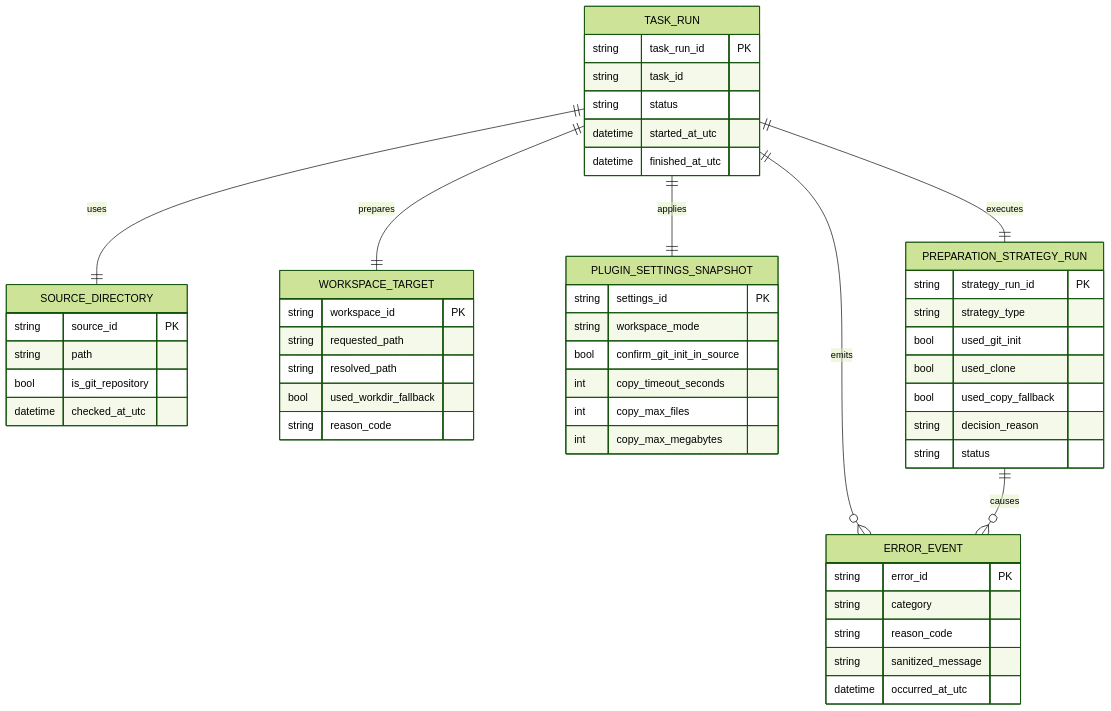
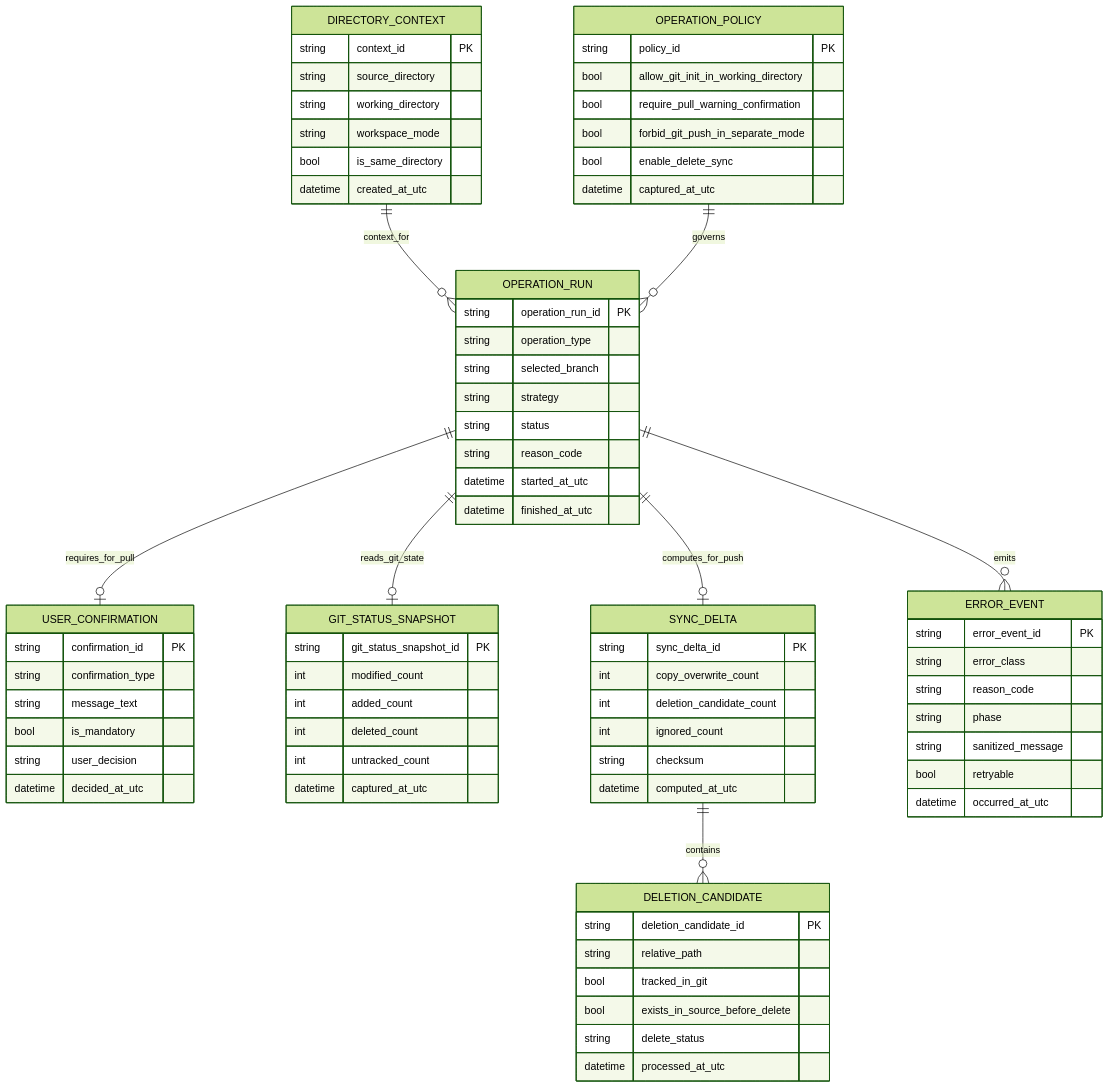
Before and after one commit to martin-stromberg/Softwareschmiede: the first of 2 diagrams in docs/architecture/separates-arbeitsverzeichnis-git-init-fallback-entity-relationship-model.md, drawn with Mermaid (forest theme). The commit also changed other lines of this file and 28 other files, not shown here.

````diff
--- a/docs/architecture/separates-arbeitsverzeichnis-git-init-fallback-entity-relationship-model.md
+++ b/docs/architecture/separates-arbeitsverzeichnis-git-init-fallback-entity-relationship-model.md
@@ -16,59 +22,85 @@
 ```mermaid
 erDiagram
-    SOURCE_DIRECTORY {
-        string source_id PK
-        string path
-        bool is_git_repository
-        datetime checked_at_utc
+    DIRECTORY_CONTEXT {
+        string context_id PK
+        string source_directory
+        string working_directory
+        string workspace_mode
+        bool is_same_directory
+        datetime created_at_utc
     }
 
-    WORKSPACE_TARGET {
-        string workspace_id PK
-        string requested_path
-        string resolved_path
-        bool used_workdir_fallback
-        string reason_code
+    OPERATION_POLICY {
+        string policy_id PK
+        bool allow_git_init_in_working_directory
+        bool require_pull_warning_confirmation
+        bool forbid_git_push_in_separate_mode
+        bool enable_delete_sync
+        datetime captured_at_utc
     }
 
-    PLUGIN_SETTINGS_SNAPSHOT {
-        string settings_id PK
-        string workspace_mode
-        bool confirm_git_init_in_source
-        int copy_timeout_seconds
-        int copy_max_files
-        int copy_max_megabytes
-    }
-
-    PREPARATION_STRATEGY_RUN {
-        string strategy_run_id PK
-        string strategy_type
-        bool used_git_init
-        bool used_clone
-        bool used_copy_fallback
-        string decision_reason
+    OPERATION_RUN {
+        string operation_run_id PK
+        string operation_type
+        string selected_branch
+        string strategy
         string status
-    }
-
-    TASK_RUN {
-        string task_run_id PK
-        string task_id
-        string status
+        string reason_code
         datetime started_at_utc
         datetime finished_at_utc
     }
 
+    USER_CONFIRMATION {
+        string confirmation_id PK
+        string confirmation_type
+        string message_text
+        bool is_mandatory
+        string user_decision
+        datetime decided_at_utc
+    }
+
+    GIT_STATUS_SNAPSHOT {
+        string git_status_snapshot_id PK
+        int modified_count
+        int added_count
+        int deleted_count
+        int untracked_count
+        datetime captured_at_utc
+    }
+
+    SYNC_DELTA {
+        string sync_delta_id PK
+        int copy_overwrite_count
+        int deletion_candidate_count
+        int ignored_count
+        string checksum
+        datetime computed_at_utc
+    }
+
+    DELETION_CANDIDATE {
+        string deletion_candidate_id PK
+        string relative_path
+        bool tracked_in_git
+        bool exists_in_source_before_delete
+        string delete_status
+        datetime processed_at_utc
+    }
+
     ERROR_EVENT {
-        string error_id PK
-        string category
+        string error_event_id PK
+        string error_class
         string reason_code
+        string phase
         string sanitized_message
+        bool retryable
         datetime occurred_at_utc
     }
 
-    TASK_RUN ||--|| SOURCE_DIRECTORY : uses
-    TASK_RUN ||--|| WORKSPACE_TARGET : prepares
-    TASK_RUN ||--|| PLUGIN_SETTINGS_SNAPSHOT : applies
-    TASK_RUN ||--|| PREPARATION_STRATEGY_RUN : executes
-    TASK_RUN ||--o{ ERROR_EVENT : emits
-    PREPARATION_STRATEGY_RUN ||--o{ ERROR_EVENT : causes
+    DIRECTORY_CONTEXT ||--o{ OPERATION_RUN : context_for
+    OPERATION_POLICY ||--o{ OPERATION_RUN : governs
+    OPERATION_RUN ||--o| USER_CONFIRMATION : requires_for_pull
+    OPERATION_RUN ||--o| GIT_STATUS_SNAPSHOT : reads_git_state
+    OPERATION_RUN ||--o| SYNC_DELTA : computes_for_push
+    SYNC_DELTA ||--o{ DELETION_CANDIDATE : contains
+    OPERATION_RUN ||--o{ ERROR_EVENT : emits
 ```
````
